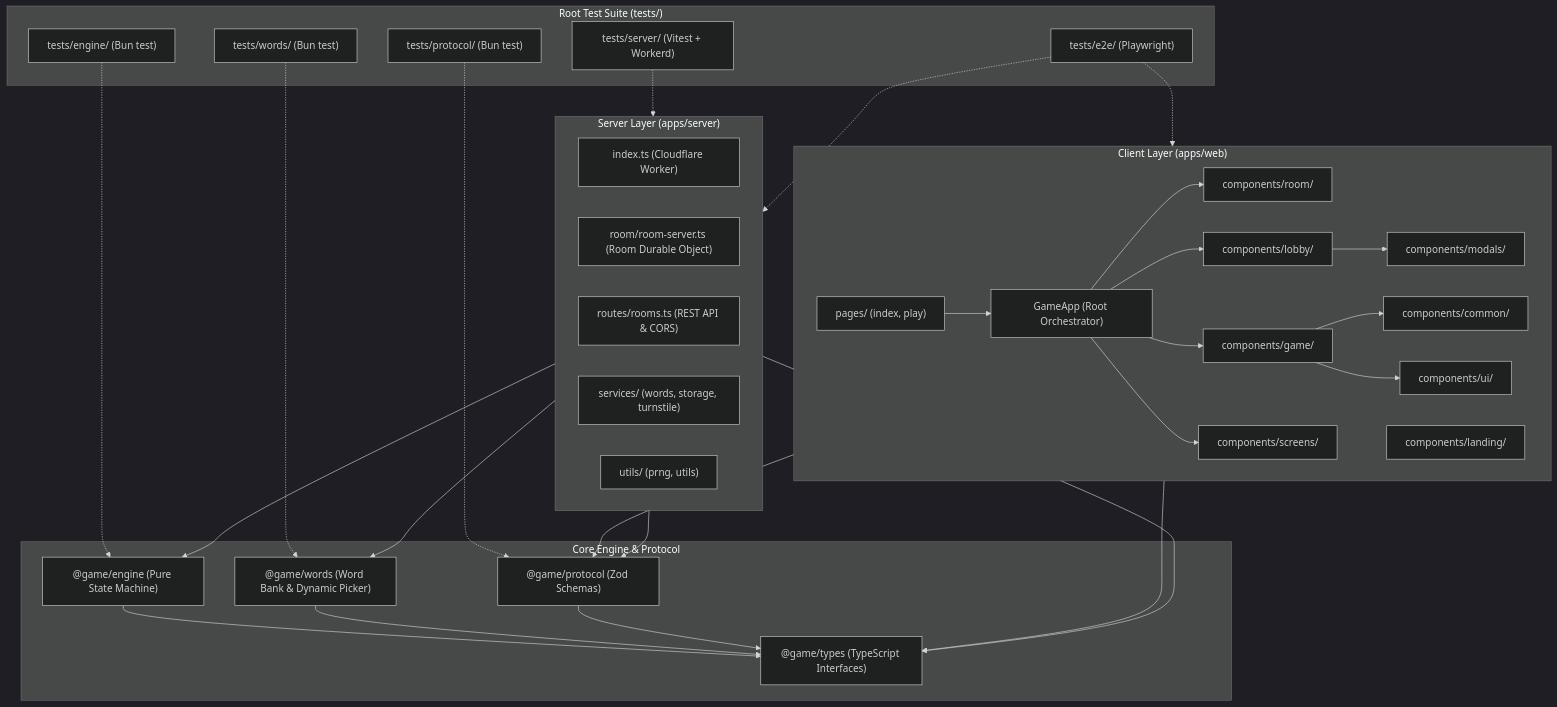
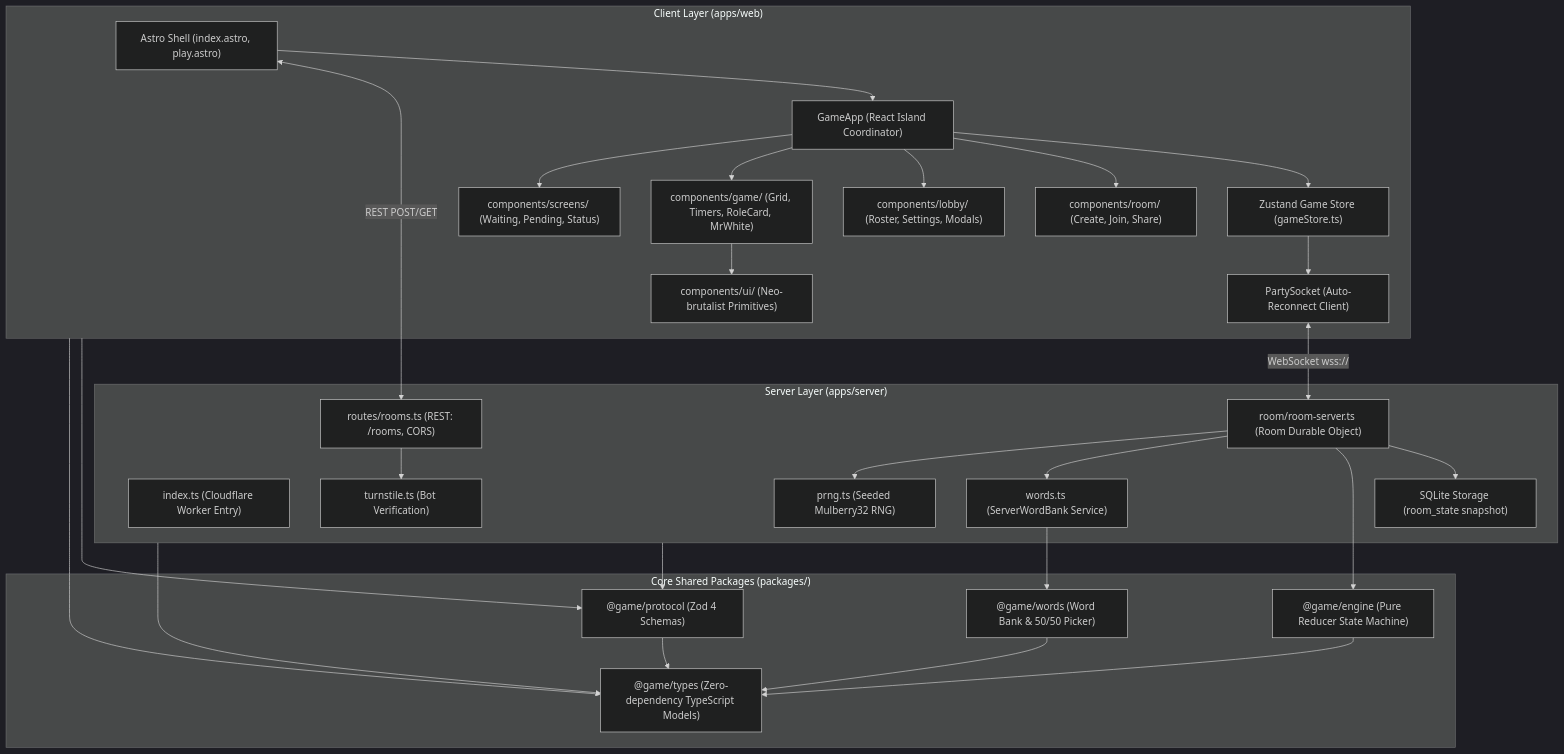
One commit to aarabii/undercover changed the first of 2 diagrams in README.md. Above: the diagram before and after it, drawn with Mermaid (dark theme). The commit also changed other lines of this file, not shown here.

````diff
--- a/README.md
+++ b/README.md
@@ -21,64 +56,57 @@
 ```mermaid
-graph TD
+flowchart TD
     subgraph UI ["Client Layer (apps/web)"]
-        Pages["pages/ (index, play)"]
-        GameApp["GameApp (Root Orchestrator)"]
-        CompLanding["components/landing/"]
-        CompRoom["components/room/"]
-        CompLobby["components/lobby/"]
-        CompGame["components/game/"]
-        CompScreens["components/screens/"]
-        CompModals["components/modals/"]
-        CompCommon["components/common/"]
-        CompUI["components/ui/"]
+        Pages["Astro Shell (index.astro, play.astro)"]
+        GameApp["GameApp (React Island Coordinator)"]
+        Store["Zustand Game Store (gameStore.ts)"]
+        Socket["PartySocket (Auto-Reconnect Client)"]
+        CompRoom["components/room/ (Create, Join, Share)"]
+        CompLobby["components/lobby/ (Roster, Settings, Modals)"]
+        CompGame["components/game/ (Grid, Timers, RoleCard, MrWhite)"]
+        CompScreens["components/screens/ (Waiting, Pending, Status)"]
+        CompUI["components/ui/ (Neo-brutalist Primitives)"]
     end
 
     subgraph Server ["Server Layer (apps/server)"]
-        WorkerEntry["index.ts (Cloudflare Worker)"]
+        WorkerEntry["index.ts (Cloudflare Worker Entry)"]
         RoomDO["room/room-server.ts (Room Durable Object)"]
-        Routes["routes/rooms.ts (REST API & CORS)"]
-        Services["services/ (words, storage, turnstile)"]
-        ServerUtils["utils/ (prng, utils)"]
+        SQLite["SQLite Storage (room_state snapshot)"]
+        Routes["routes/rooms.ts (REST: /rooms, CORS)"]
+        Turnstile["turnstile.ts (Bot Verification)"]
+        ServerWords["words.ts (ServerWordBank Service)"]
+        PRNG["prng.ts (Seeded Mulberry32 RNG)"]
     end
 
-    subgraph CorePackages ["Core Engine & Protocol"]
-        Protocol["@game/protocol (Zod Schemas)"]
-        Engine["@game/engine (Pure State Machine)"]
-        Words["@game/words (Word Bank & Dynamic Picker)"]
-        Types["@game/types (TypeScript Interfaces)"]
-    end
-
-    subgraph TestSuite ["Root Test Suite (tests/)"]
-        E2ETests["tests/e2e/ (Playwright)"]
-        ServerTests["tests/server/ (Vitest + Workerd)"]
-        EngineTests["tests/engine/ (Bun test)"]
-        ProtocolTests["tests/protocol/ (Bun test)"]
-        WordsTests["tests/words/ (Bun test)"]
+    subgraph CorePackages ["Core Shared Packages (packages/)"]
+        Protocol["@game/protocol (Zod 4 Schemas)"]
+        Engine["@game/engine (Pure Reducer State Machine)"]
+        Words["@game/words (Word Bank & 50/50 Picker)"]
+        Types["@game/types (Zero-dependency TypeScript Models)"]
     end
 
     Pages --> GameApp
+    GameApp --> Store
+    Store --> Socket
     GameApp --> CompRoom
     GameApp --> CompLobby
     GameApp --> CompGame
     GameApp --> CompScreens
-    CompLobby --> CompModals
-    CompGame --> CompCommon
     CompGame --> CompUI
 
+    Socket <-->|WebSocket wss://| RoomDO
+    Pages <-->|REST POST/GET| Routes
+    Routes --> Turnstile
+    RoomDO --> SQLite
+    RoomDO --> Engine
+    RoomDO --> ServerWords
+    RoomDO --> PRNG
+
+    ServerWords --> Words
     UI --> Protocol
     UI --> Types
-    Server --> Engine
     Server --> Protocol
-    Server --> Words
     Server --> Types
     Engine --> Types
+    Protocol --> Types
     Words --> Types
-    Protocol --> Types
-
-    EngineTests -.-> Engine
-    ProtocolTests -.-> Protocol
-    WordsTests -.-> Words
-    ServerTests -.-> Server
-    E2ETests -.-> UI
-    E2ETests -.-> Server
 ```
````
